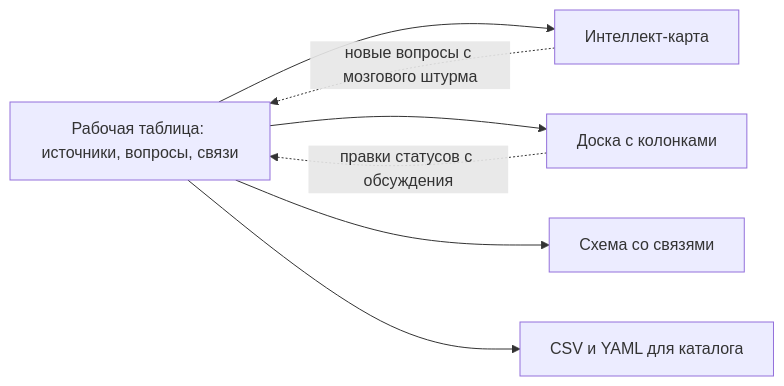
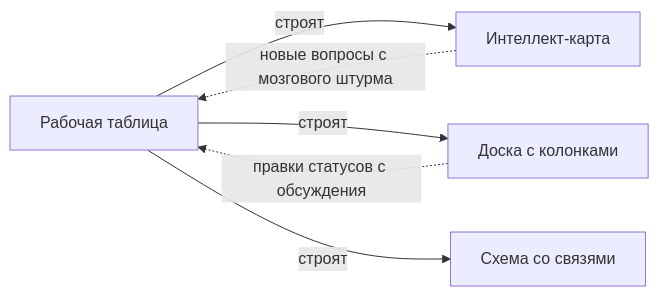
The first of 3 diagrams in docs/06-tools/02-mindmaps-and-boards.md (ivbeg/data-inventory), drawn with Mermaid before and after one commit. The commit also changed other lines of this file and 54 other files, not shown here.

````diff
--- a/docs/06-tools/02-mindmaps-and-boards.md
+++ b/docs/06-tools/02-mindmaps-and-boards.md
@@ -20,9 +55,8 @@
 ```mermaid
 flowchart LR
-  T["Рабочая таблица: источники, вопросы, связи"] --> M["Интеллект-карта"]
-  T --> B["Доска с колонками"]
-  T --> S["Схема со связями"]
-  T --> F["CSV и YAML для каталога"]
+  T["Рабочая таблица"] -- "строят" --> M["Интеллект-карта"]
+  T -- "строят" --> B["Доска с колонками"]
+  T -- "строят" --> S["Схема со связями"]
   M -. "новые вопросы с мозгового штурма" .-> T
   B -. "правки статусов с обсуждения" .-> T
 ```
````
